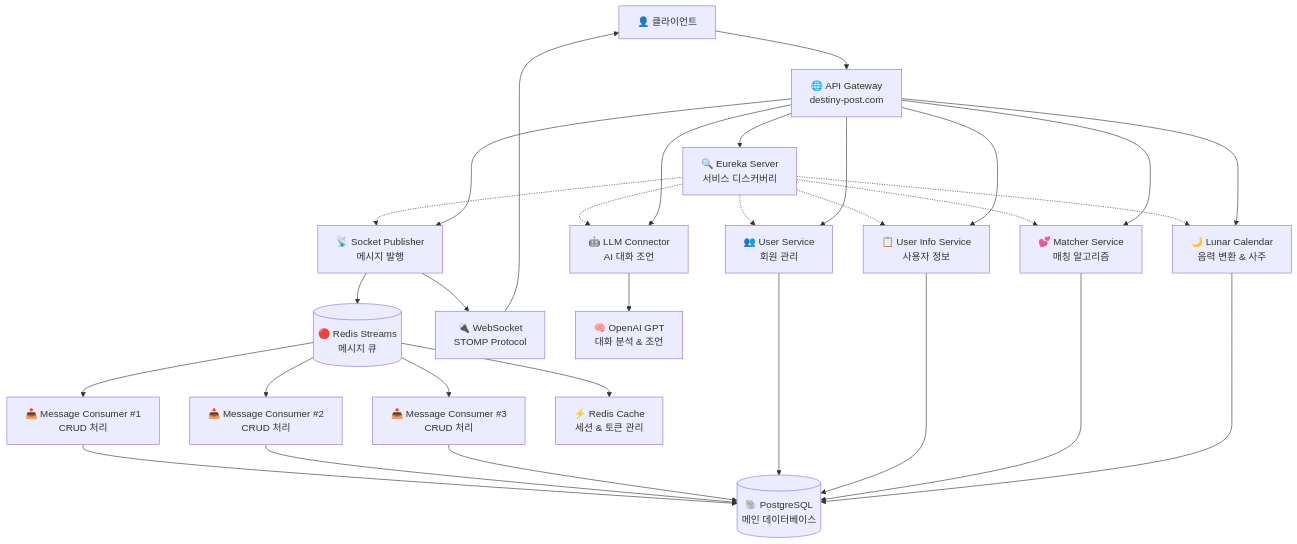
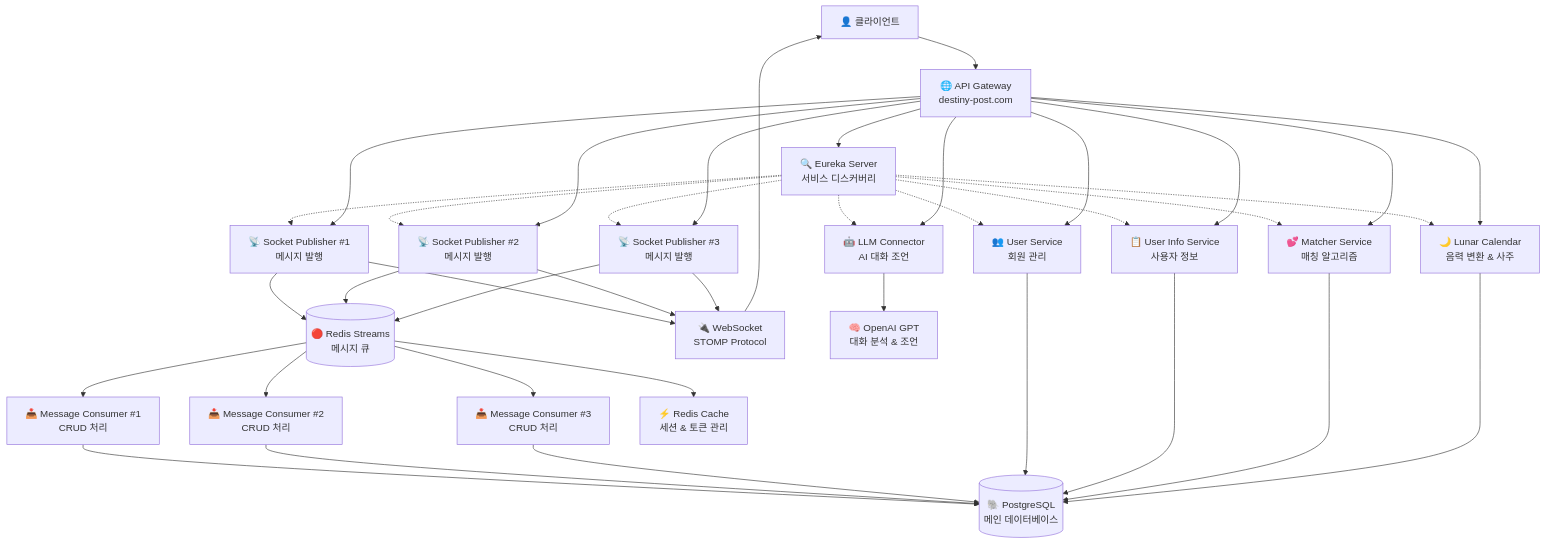
Before and after one commit to jaebum7396/somewhere: the diagram in README.md, drawn with Mermaid.

````diff
--- a/README.md
+++ b/README.md
@@ -111,42 +111,50 @@
 ```mermaid
 graph TB
     Client[👤 클라이언트] --> Gateway[🌐 API Gateway<br/>destiny-post.com]
     
     Gateway --> Eureka[🔍 Eureka Server<br/>서비스 디스커버리]
     
     Eureka -.-> UserService[👥 User Service<br/>회원 관리]
     Eureka -.-> UserInfoService[📋 User Info Service<br/>사용자 정보]
     Eureka -.-> MatcherService[💕 Matcher Service<br/>매칭 알고리즘]
-    Eureka -.-> SocketPublisher[📡 Socket Publisher<br/>메시지 발행]
+    Eureka -.-> SocketPublisher1[📡 Socket Publisher #1<br/>메시지 발행]
+    Eureka -.-> SocketPublisher2[📡 Socket Publisher #2<br/>메시지 발행]
+    Eureka -.-> SocketPublisher3[📡 Socket Publisher #3<br/>메시지 발행]
     Eureka -.-> LLMConnector[🤖 LLM Connector<br/>AI 대화 조언]
     Eureka -.-> LunarCalendar[🌙 Lunar Calendar<br/>음력 변환 & 사주]
     
     Gateway --> UserService
     Gateway --> UserInfoService
     Gateway --> MatcherService
-    Gateway --> SocketPublisher
+    Gateway --> SocketPublisher1
+    Gateway --> SocketPublisher2
+    Gateway --> SocketPublisher3
     Gateway --> LLMConnector
     Gateway --> LunarCalendar
     
-    SocketPublisher --> Redis[(🔴 Redis Streams<br/>메시지 큐)]
+    SocketPublisher1 --> Redis[(🔴 Redis Streams<br/>메시지 큐)]
+    SocketPublisher2 --> Redis
+    SocketPublisher3 --> Redis
     
     Redis --> MessageConsumer1[📥 Message Consumer #1<br/>CRUD 처리]
     Redis --> MessageConsumer2[📥 Message Consumer #2<br/>CRUD 처리]
     Redis --> MessageConsumer3[📥 Message Consumer #3<br/>CRUD 처리]
     
     MessageConsumer1 --> PostgreSQL[(🐘 PostgreSQL<br/>메인 데이터베이스)]
     MessageConsumer2 --> PostgreSQL
     MessageConsumer3 --> PostgreSQL
     
-    SocketPublisher --> WebSocket[🔌 WebSocket<br/>STOMP Protocol]
+    SocketPublisher1 --> WebSocket[🔌 WebSocket<br/>STOMP Protocol]
+    SocketPublisher2 --> WebSocket
+    SocketPublisher3 --> WebSocket
     WebSocket --> Client
     
     LLMConnector --> OpenAI[🧠 OpenAI GPT<br/>대화 분석 & 조언]
     
     UserService --> PostgreSQL
     UserInfoService --> PostgreSQL
     MatcherService --> PostgreSQL
     LunarCalendar --> PostgreSQL
     
     Redis --> RedisCache[⚡ Redis Cache<br/>세션 & 토큰 관리]
 ```
````
